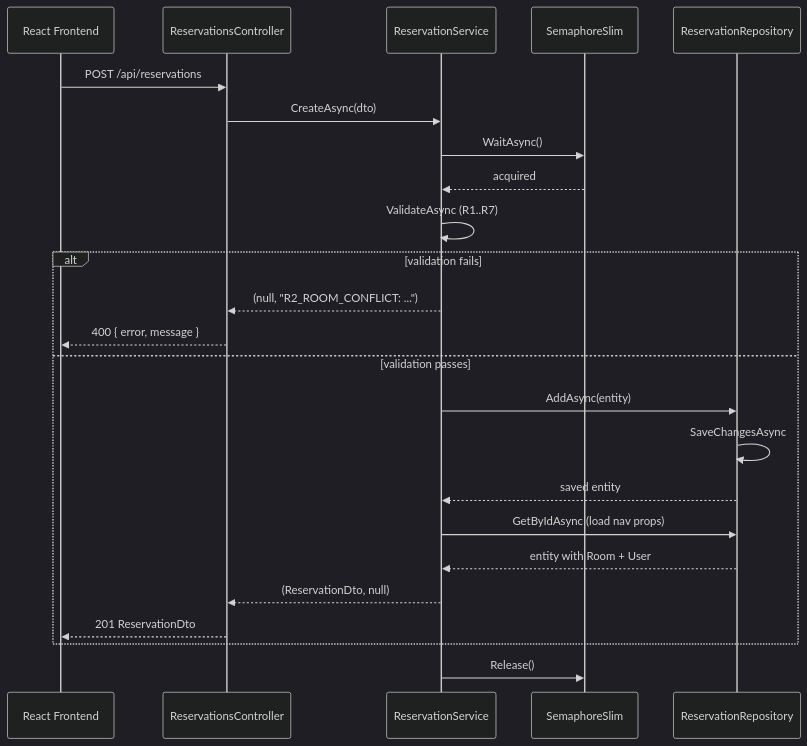
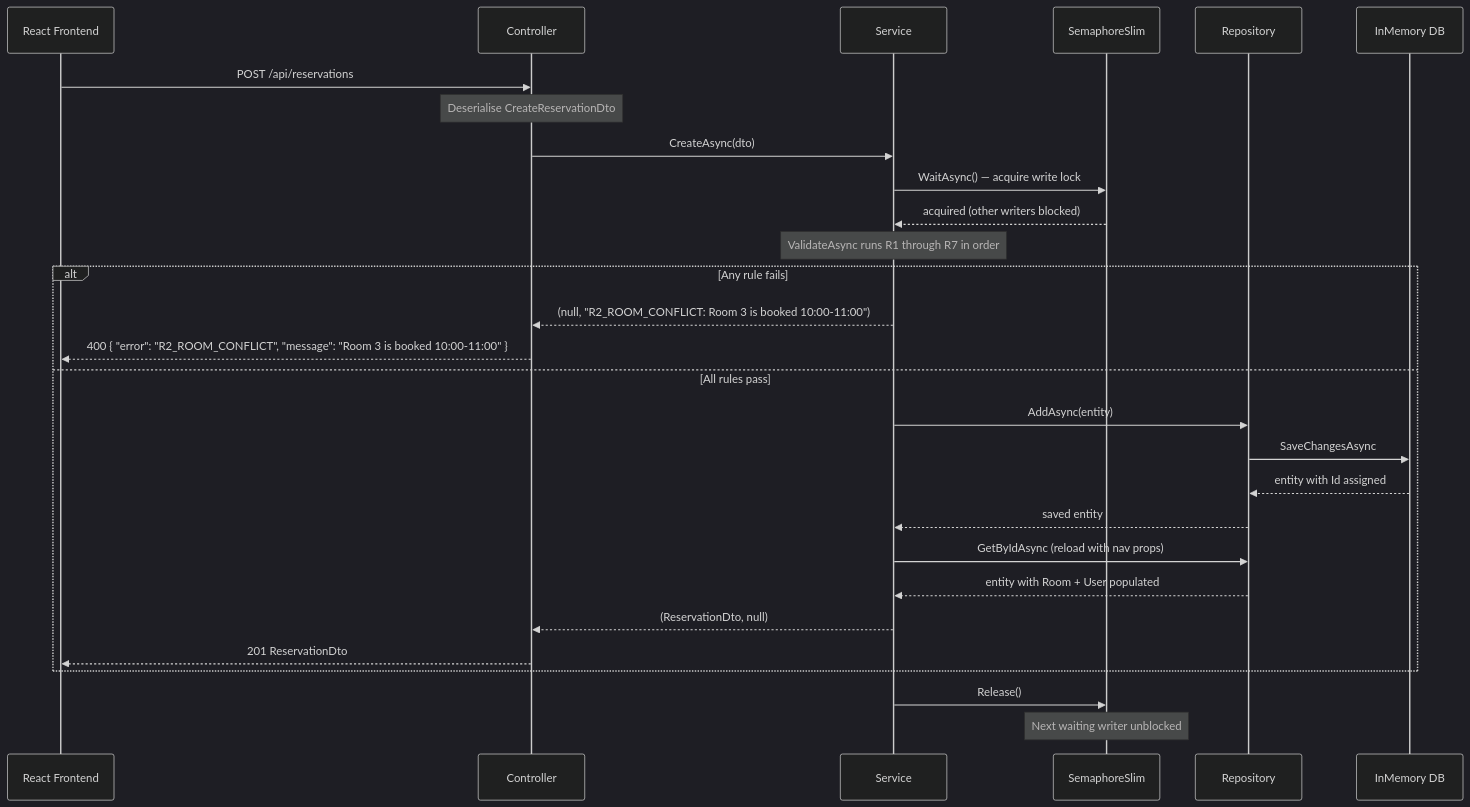
One commit to Amith-Ganta/room-reservation-system changed the fourth of 14 diagrams in SUBMISSION_REPORT.md. Above: the diagram before and after it, drawn with Mermaid (dark theme). The commit also changed other lines of this file, not shown here.

````diff
--- a/SUBMISSION_REPORT.md
+++ b/SUBMISSION_REPORT.md
@@ -81,27 +107,34 @@
 ```mermaid
 sequenceDiagram
     participant FE as React Frontend
-    participant Ctrl as ReservationsController
-    participant Svc as ReservationService
+    participant Ctrl as Controller
+    participant Svc as Service
     participant Lock as SemaphoreSlim
-    participant Repo as ReservationRepository
+    participant Repo as Repository
+    participant DB as InMemory DB
 
     FE->>Ctrl: POST /api/reservations
+    Note over Ctrl: Deserialise CreateReservationDto
     Ctrl->>Svc: CreateAsync(dto)
-    Svc->>Lock: WaitAsync()
-    Lock-->>Svc: acquired
-    Svc->>Svc: ValidateAsync (R1..R7)
-    alt validation fails
-        Svc-->>Ctrl: (null, "R2_ROOM_CONFLICT: ...")
-        Ctrl-->>FE: 400 { error, message }
-    else validation passes
+    Svc->>Lock: WaitAsync() — acquire write lock
+    Lock-->>Svc: acquired (other writers blocked)
+
+    Note over Svc: ValidateAsync runs R1 through R7 in order
+
+    alt Any rule fails
+        Svc-->>Ctrl: (null, "R2_ROOM_CONFLICT: Room 3 is booked 10:00-11:00")
+        Ctrl-->>FE: 400 { "error": "R2_ROOM_CONFLICT", "message": "Room 3 is booked 10:00-11:00" }
+    else All rules pass
         Svc->>Repo: AddAsync(entity)
-        Repo->>Repo: SaveChangesAsync
+        Repo->>DB: SaveChangesAsync
+        DB-->>Repo: entity with Id assigned
         Repo-->>Svc: saved entity
-        Svc->>Repo: GetByIdAsync (load nav props)
-        Repo-->>Svc: entity with Room + User
+        Svc->>Repo: GetByIdAsync (reload with nav props)
+        Repo-->>Svc: entity with Room + User populated
         Svc-->>Ctrl: (ReservationDto, null)
         Ctrl-->>FE: 201 ReservationDto
     end
+
     Svc->>Lock: Release()
+    Note over Lock: Next waiting writer unblocked
 ```
````
